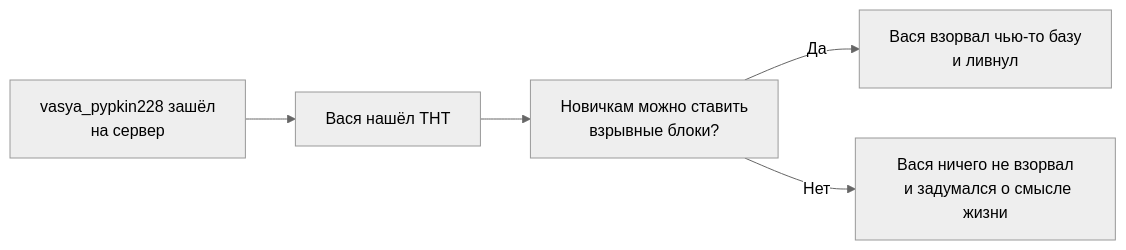
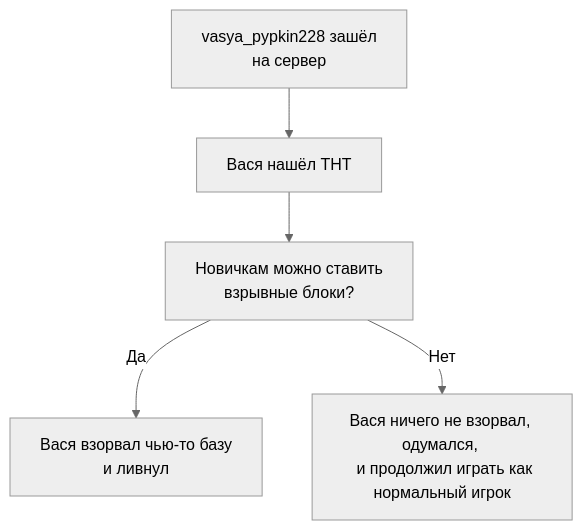
One commit to catcraftmc/catcraftmc.github.io changed the diagram in docs/Информация/faq.md. Above: the diagram before and after it, drawn with Mermaid (neutral theme). The commit also changed other lines of this file and 191 other files, not shown here.

````diff
--- a/docs/Информация/faq.md
+++ b/docs/Информация/faq.md
@@ -49,11 +58,11 @@
     ``` mermaid
-    graph LR
+    graph TD
       A[vasya_pypkin228 зашёл 
       на сервер] --> B[Вася нашёл ТНТ]
       B --> C[Новичкам можно ставить 
       взрывные блоки?]
       C -->|Да| D[Вася взорвал чью-то базу 
       и ливнул]
-      C -->|Нет| E[Вася ничего не взорвал
-      и задумался о смысле жизни]
+      C -->|Нет| E[Вася ничего не взорвал, одумался, 
+      и продолжил играть как нормальный игрок]
     ```
````
